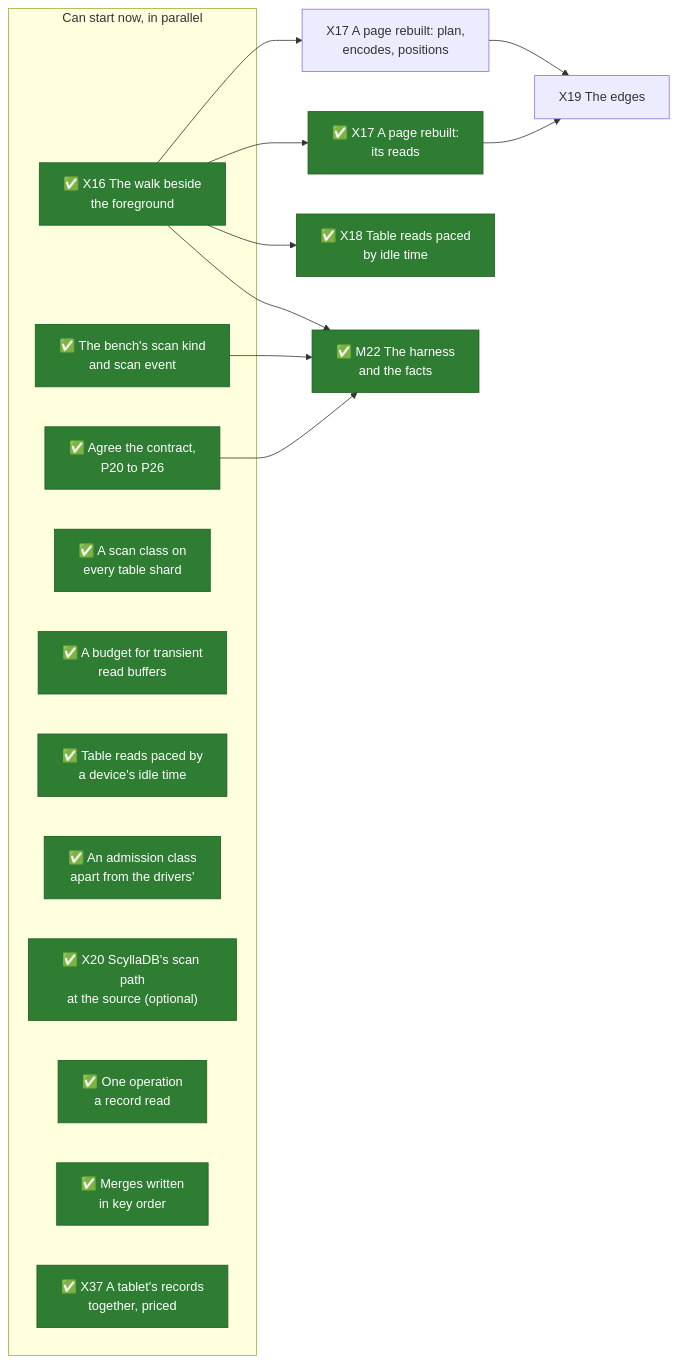
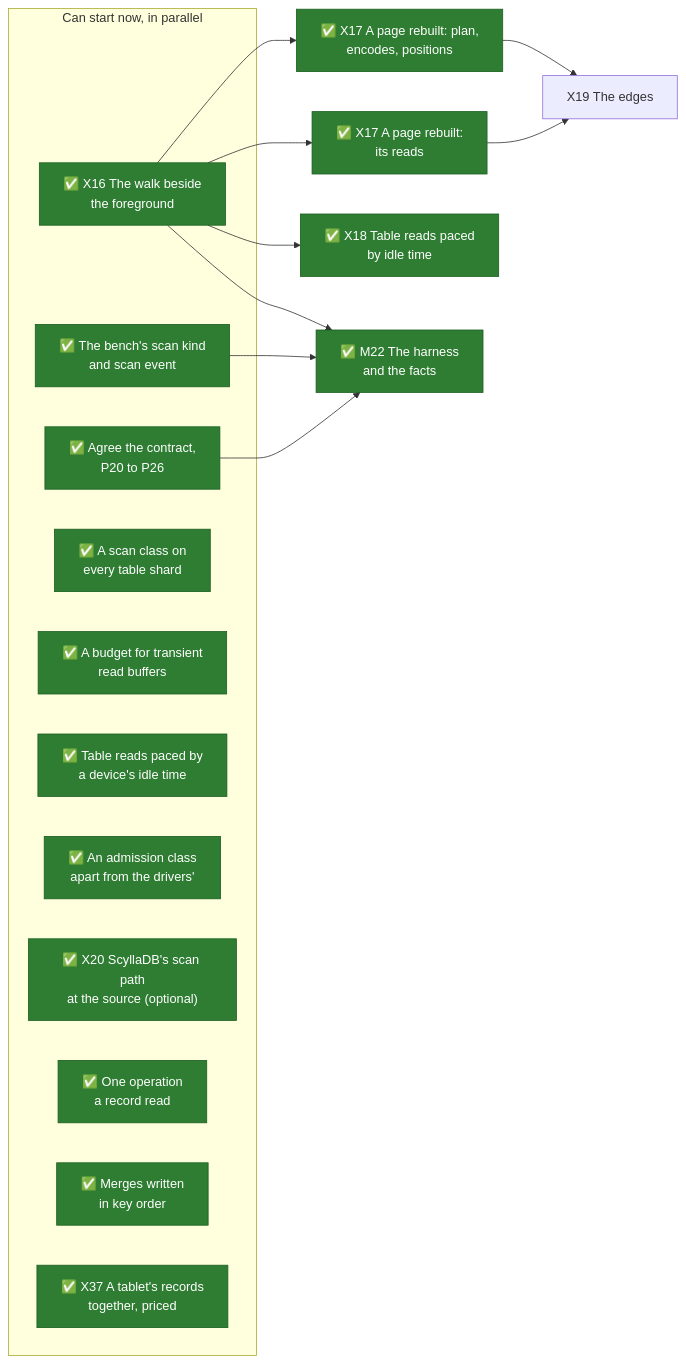
Before and after one commit to mjcarson/shoal: the first of 2 diagrams in docs/src/future-work/scans/whats-left-todo.md, drawn with Mermaid. The commit also changed other lines of this file and 46 other files, not shown here.

````diff
--- a/docs/src/future-work/scans/whats-left-todo.md
+++ b/docs/src/future-work/scans/whats-left-todo.md
@@ -38,31 +38,31 @@
 ```mermaid
 flowchart LR
     classDef done fill:#2e7d32,stroke:#1b5e20,color:#ffffff
     classDef optional stroke-dasharray: 5 5
     subgraph now["Can start now, in parallel"]
         Contract["✅ Agree the contract,<br>P20 to P26"]:::done
         X16["✅ X16 The walk beside<br>the foreground"]:::done
         Bench["✅ The bench's scan kind<br>and scan event"]:::done
         Class["✅ A scan class on<br>every table shard"]:::done
         Budget["✅ A budget for transient<br>read buffers"]:::done
         Pace["✅ Table reads paced by<br>a device's idle time"]:::done
         Admit["✅ An admission class<br>apart from the drivers'"]:::done
         X20["✅ X20 ScyllaDB's scan path<br>at the source (optional)"]:::done
         Read1["✅ One operation<br>a record read"]:::done
         Sorted["✅ Merges written<br>in key order"]:::done
         X37["✅ X37 A tablet's records<br>together, priced"]:::done
     end
     X17["✅ X17 A page rebuilt:<br>its reads"]:::done
-    X17b["X17 A page rebuilt: plan,<br>encodes, positions"]
+    X17b["✅ X17 A page rebuilt: plan,<br>encodes, positions"]:::done
     X18["✅ X18 Table reads paced<br>by idle time"]:::done
     X19["X19 The edges"]
     M22["✅ M22 The harness<br>and the facts"]:::done
     X16 --> X17
     X16 --> X17b
     X16 --> X18
     X17 --> X19
     X17b --> X19
     Contract --> M22
     Bench --> M22
     X16 --> M22
 ```
````
